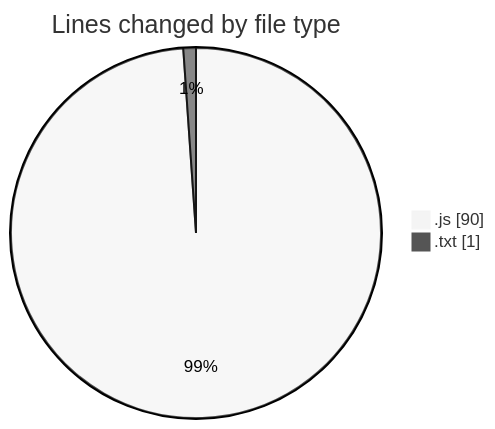
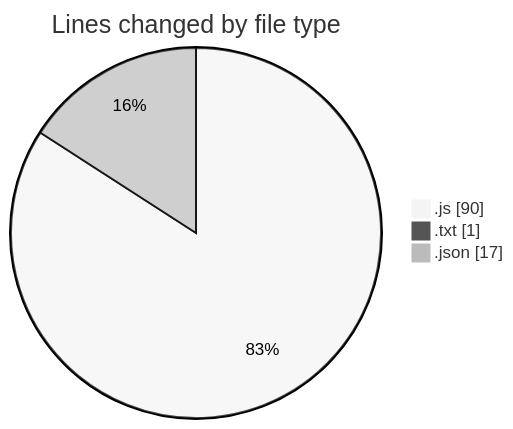
The first of 2 diagrams in 2025-03-17/nodejs/README.md (BS-eng2023/code-tracking), drawn with Mermaid (neutral theme) before and after one commit. The commit also changed other lines of this file and 1 other file, not shown here.

````diff
--- a/2025-03-17/nodejs/README.md
+++ b/2025-03-17/nodejs/README.md
@@ -22,6 +23,7 @@
 ```mermaid
 pie showData
 title Lines changed by file type
 ".js" : 90
 ".txt" : 1
+".json" : 17
 ```
````
